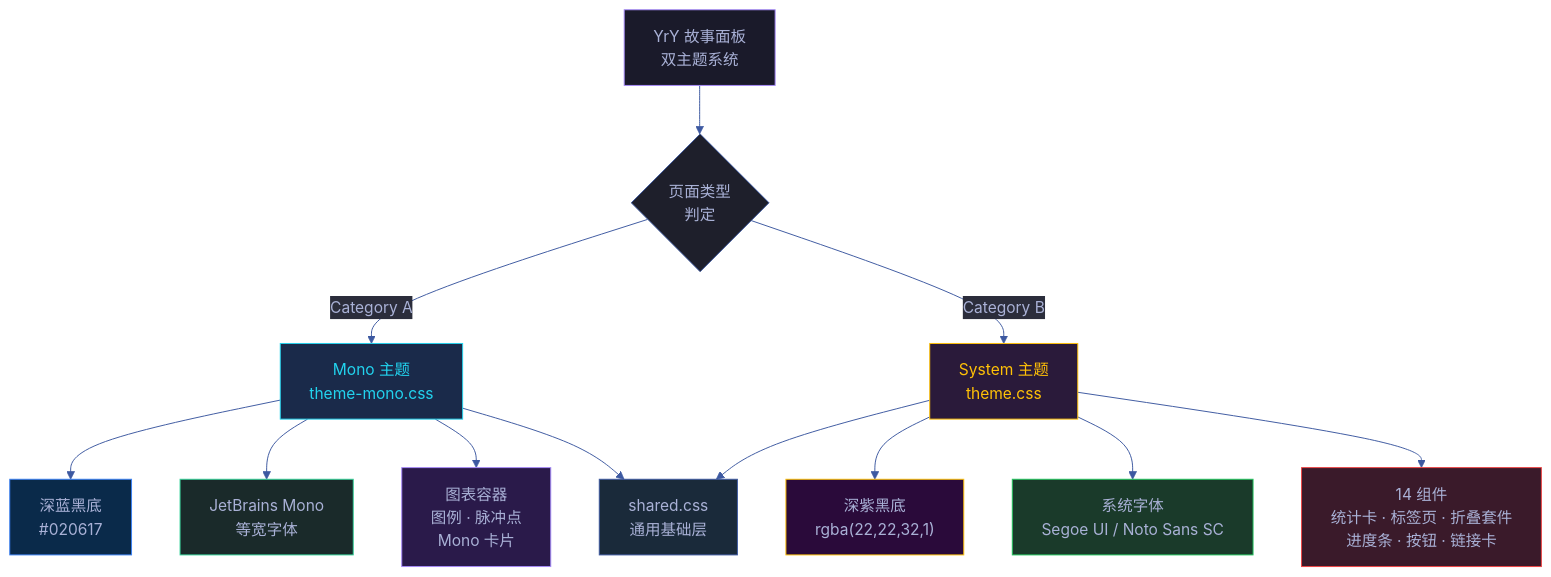
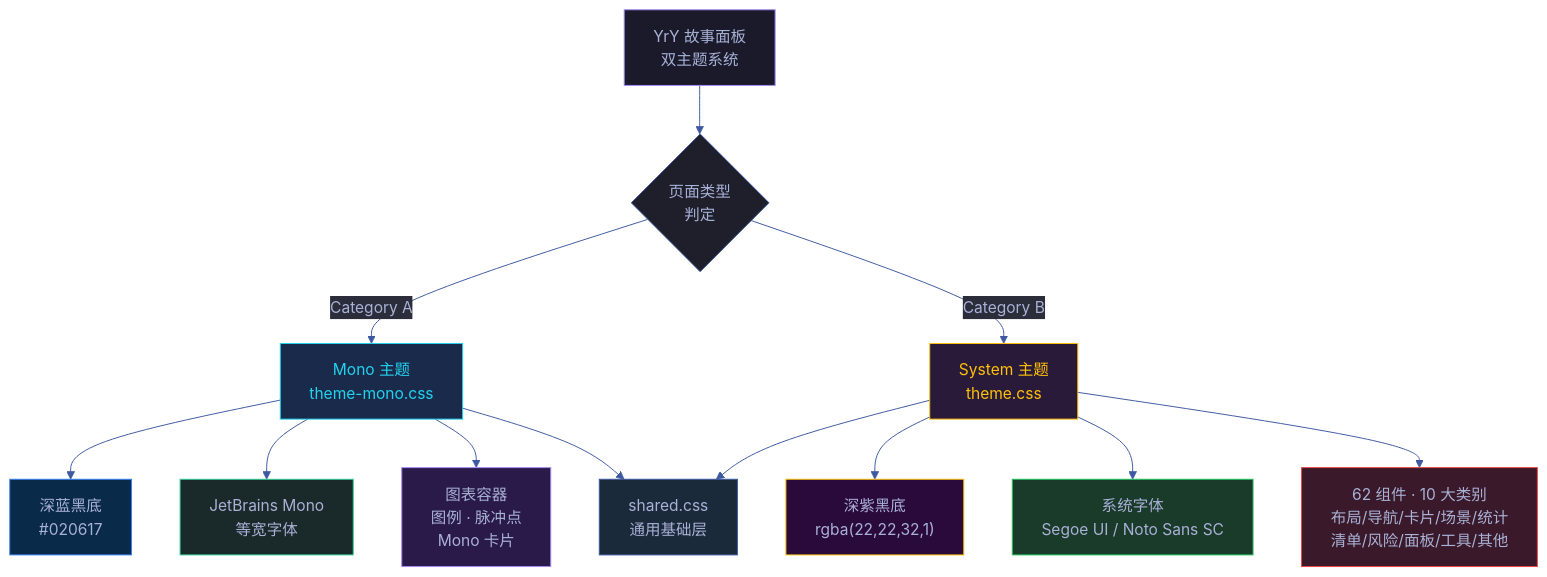
Before and after one commit to effiy/YrY: the first of 2 diagrams in cdn/故事任务面板/cdn/场景-2-双主题系统设计/index.md, drawn with Mermaid. The commit also changed other lines of this file and 613 other files, not shown here.

````diff
--- a/cdn/故事任务面板/cdn/场景-2-双主题系统设计/index.md
+++ b/cdn/故事任务面板/cdn/场景-2-双主题系统设计/index.md
@@ -8,36 +8,36 @@
 ```mermaid
 %%{init: {'theme': 'base', 'themeVariables': {
   'primaryColor': '#1e1f2b',
   'primaryTextColor': '#a9b1d6',
   'primaryBorderColor': '#3d59a1',
   'lineColor': '#3d59a1',
   'secondaryColor': '#2b2d3b',
   'tertiaryColor': '#21232f'
 }}}%%
 flowchart TD
     ROOT["YrY 故事面板<br/>双主题系统"]:::root --> SPLIT{"页面类型<br/>判定"}
     SPLIT -->|"Category A"| MONO["Mono 主题<br/>theme-mono.css"]:::mono
     SPLIT -->|"Category B"| SYSTEM["System 主题<br/>theme.css"]:::sys
 
     MONO --> M_BG["深蓝黑底<br/>#020617"]:::color
     MONO --> M_FONT["JetBrains Mono<br/>等宽字体"]:::font
     MONO --> M_COMP["图表容器<br/>图例 · 脉冲点<br/>Mono 卡片"]:::comp
 
     SYSTEM --> S_BG["深紫黑底<br/>rgba(22,22,32,1)"]:::color2
     SYSTEM --> S_FONT["系统字体<br/>Segoe UI / Noto Sans SC"]:::font2
-    SYSTEM --> S_COMP["14 组件<br/>统计卡 · 标签页 · 折叠套件<br/>进度条 · 按钮 · 链接卡"]:::comp2
+    SYSTEM --> S_COMP["62 组件 · 10 大类别<br/>布局/导航/卡片/场景/统计<br/>清单/风险/面板/工具/其他"]:::comp2
 
     MONO --> SHARED["shared.css<br/>通用基础层"]:::base
     SYSTEM --> SHARED
 
     classDef root fill:#1a1a2a,stroke:#a78bfa,color:#a9b1d6
     classDef mono fill:#1a2a4a,stroke:#22d3ee,color:#22d3ee
     classDef sys fill:#2a1a3a,stroke:#FFC107,color:#FFC107
     classDef color fill:#0a2a4a,stroke:#3B82F6,color:#a9b1d6
     classDef font fill:#1a2a2a,stroke:#34d399,color:#a9b1d6
     classDef comp fill:#2a1a4a,stroke:#a78bfa,color:#a9b1d6
     classDef color2 fill:#2a0a3a,stroke:#FFC107,color:#a9b1d6
     classDef font2 fill:#1a3a2a,stroke:#22c55e,color:#a9b1d6
     classDef comp2 fill:#3a1a2a,stroke:#ef4444,color:#a9b1d6
     classDef base fill:#1a2a3a,stroke:#3d59a1,color:#a9b1d6
 ```
````
